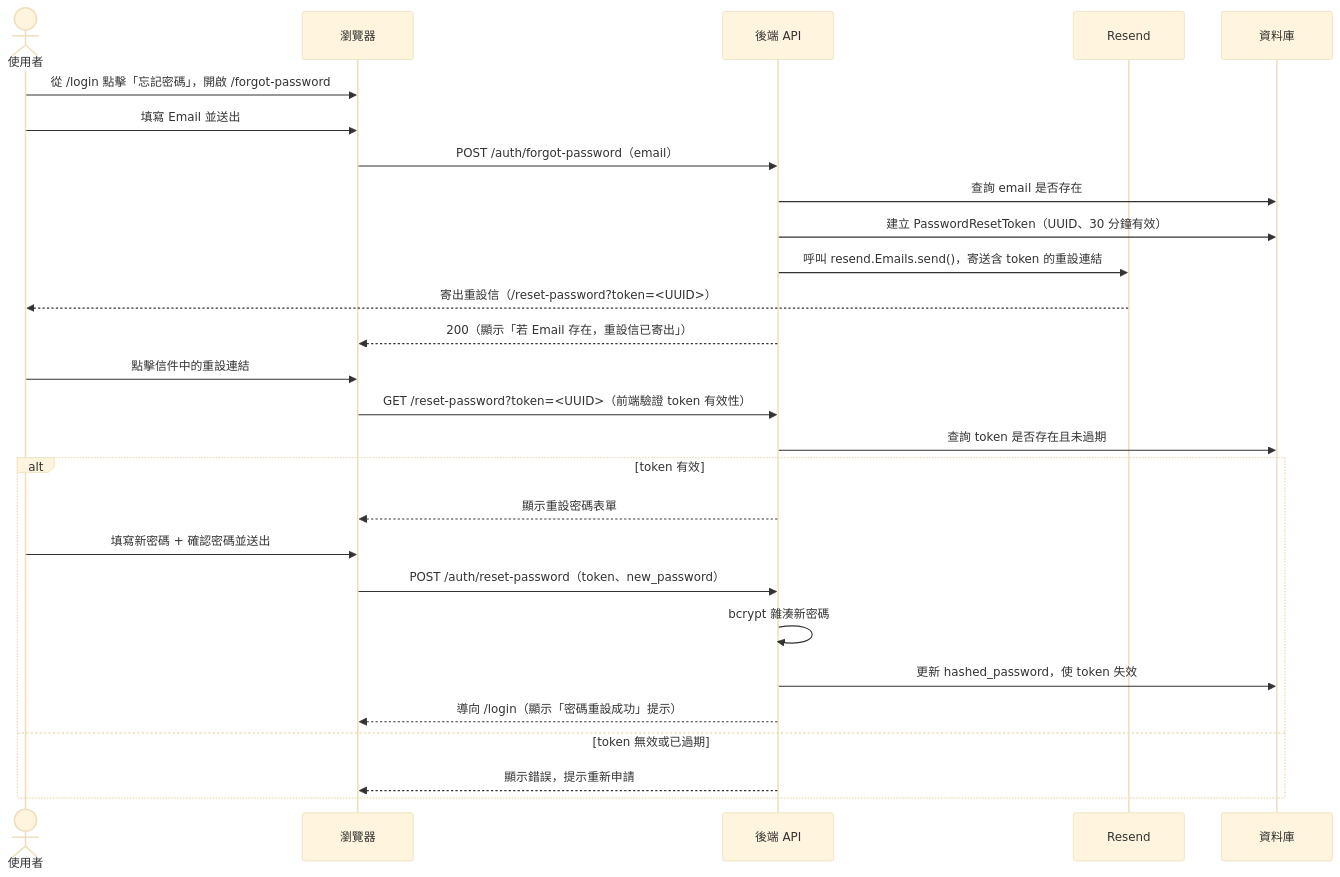
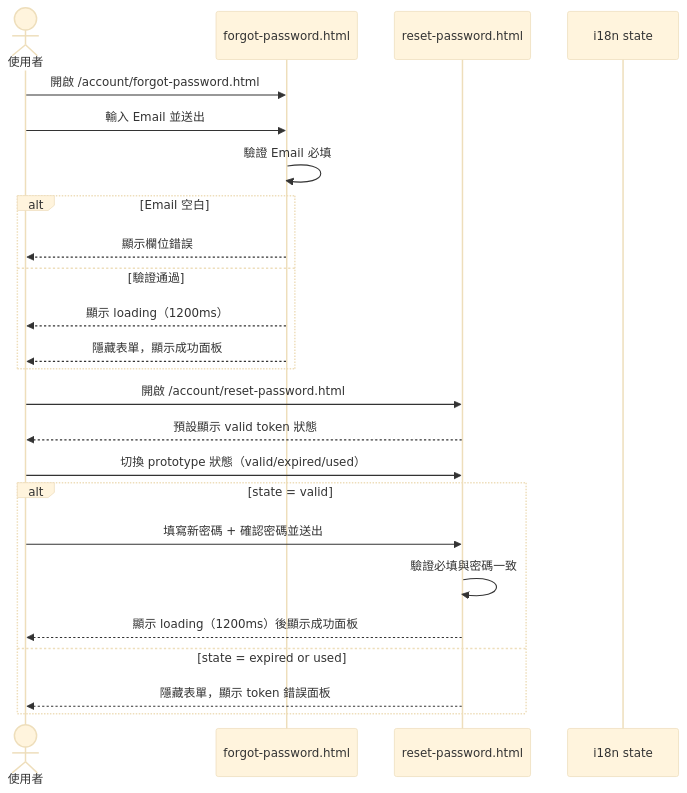
The first of 2 diagrams in specs/account/004-forgot-reset-password/spec.md (singyichen/label-suite), drawn with Mermaid (base theme) before and after one commit. The commit also changed other lines of this file and 4 other files, not shown here.

Commit message:
docs(spec): align account auth specs with latest prototypes

````diff
--- a/specs/account/004-forgot-reset-password/spec.md
+++ b/specs/account/004-forgot-reset-password/spec.md
@@ -10,32 +17,30 @@
 ```mermaid
 sequenceDiagram
     actor 使用者
-    participant 瀏覽器
-    participant 後端API as 後端 API
-    participant Resend
-    participant 資料庫
+    participant forgot as forgot-password.html
+    participant reset as reset-password.html
+    participant i18n as i18n state
 
-    使用者->>瀏覽器: 從 /login 點擊「忘記密碼」，開啟 /forgot-password
-    使用者->>瀏覽器: 填寫 Email 並送出
-    瀏覽器->>後端API: POST /auth/forgot-password（email）
-    後端API->>資料庫: 查詢 email 是否存在
-    後端API->>資料庫: 建立 PasswordResetToken（UUID、30 分鐘有效）
-    後端API->>Resend: 呼叫 resend.Emails.send()，寄送含 token 的重設連結
-    Resend-->>使用者: 寄出重設信（/reset-password?token=<UUID>）
-    後端API-->>瀏覽器: 200（顯示「若 Email 存在，重設信已寄出」）
+    使用者->>forgot: 開啟 /account/forgot-password.html
+    使用者->>forgot: 輸入 Email 並送出
+    forgot->>forgot: 驗證 Email 必填
 
-    使用者->>瀏覽器: 點擊信件中的重設連結
-    瀏覽器->>後端API: GET /reset-password?token=<UUID>（前端驗證 token 有效性）
-    後端API->>資料庫: 查詢 token 是否存在且未過期
+    alt Email 空白
+        forgot-->>使用者: 顯示欄位錯誤
+    else 驗證通過
+        forgot-->>使用者: 顯示 loading（1200ms）
+        forgot-->>使用者: 隱藏表單，顯示成功面板
+    end
 
-    alt token 有效
-        後端API-->>瀏覽器: 顯示重設密碼表單
-        使用者->>瀏覽器: 填寫新密碼 + 確認密碼並送出
-        瀏覽器->>後端API: POST /auth/reset-password（token、new_password）
-        後端API->>後端API: bcrypt 雜湊新密碼
-        後端API->>資料庫: 更新 hashed_password，使 token 失效
-        後端API-->>瀏覽器: 導向 /login（顯示「密碼重設成功」提示）
-    else token 無效或已過期
-        後端API-->>瀏覽器: 顯示錯誤，提示重新申請
+    使用者->>reset: 開啟 /account/reset-password.html
+    reset-->>使用者: 預設顯示 valid token 狀態
+    使用者->>reset: 切換 prototype 狀態（valid/expired/used）
+
+    alt state = valid
+        使用者->>reset: 填寫新密碼 + 確認密碼並送出
+        reset->>reset: 驗證必填與密碼一致
+        reset-->>使用者: 顯示 loading（1200ms）後顯示成功面板
+    else state = expired or used
+        reset-->>使用者: 隱藏表單，顯示 token 錯誤面板
     end
 ```
````
